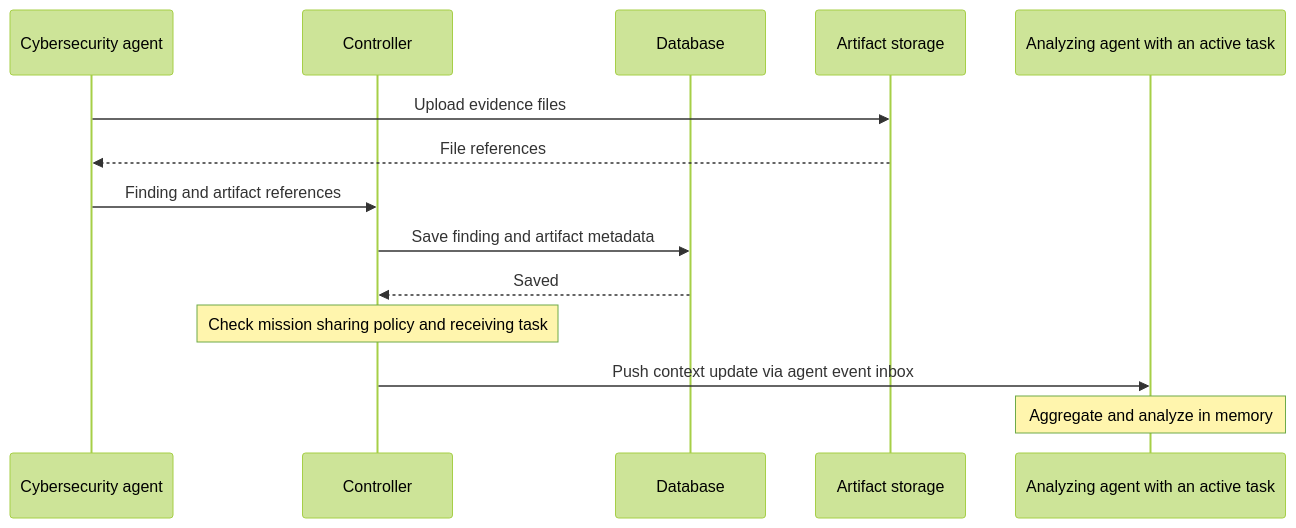
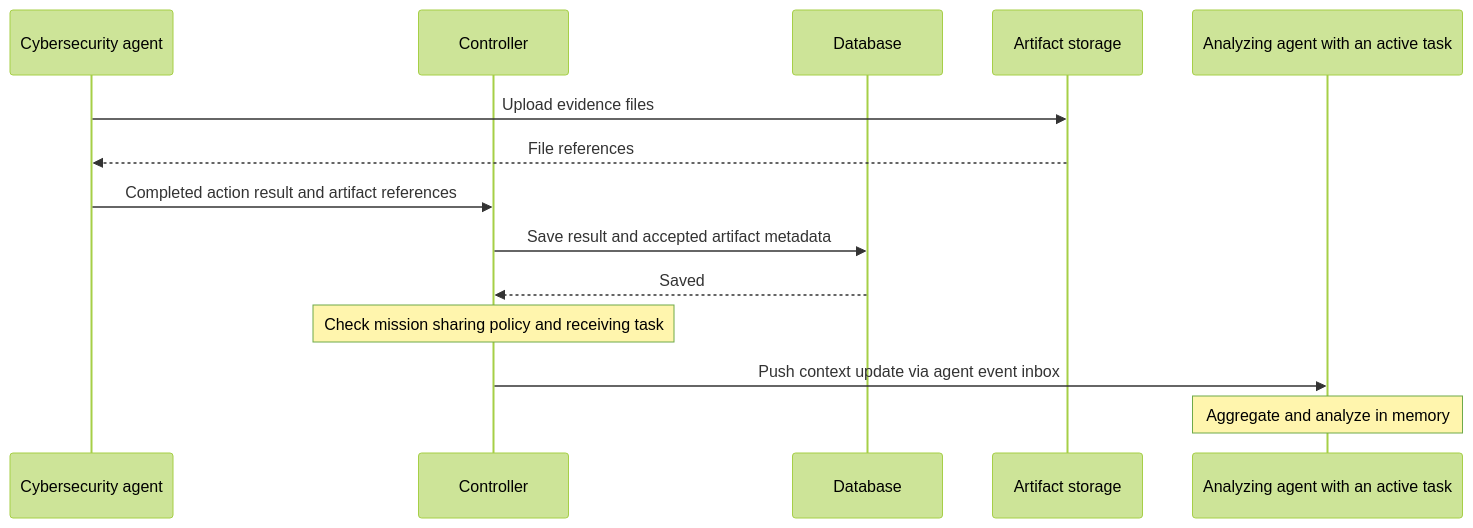
The diagram in docs/features/contex-sharing.md (defos-ai/commander), drawn with Mermaid (forest theme) before and after one commit. The commit also changed other lines of this file and 15 other files, not shown here.

````diff
--- a/docs/features/contex-sharing.md
+++ b/docs/features/contex-sharing.md
@@ -43,17 +46,17 @@
 ```mermaid
 sequenceDiagram
     participant Security as Cybersecurity agent
     participant Controller
     participant Database
     participant Storage as Artifact storage
     participant Analyzer as Analyzing agent with an active task
 
     Security->>Storage: Upload evidence files
     Storage-->>Security: File references
-    Security->>Controller: Finding and artifact references
-    Controller->>Database: Save finding and artifact metadata
+    Security->>Controller: Completed action result and artifact references
+    Controller->>Database: Save result and accepted artifact metadata
     Database-->>Controller: Saved
     Note over Controller: Check mission sharing policy and receiving task
     Controller->>Analyzer: Push context update via agent event inbox
     Note over Analyzer: Aggregate and analyze in memory
 ```
````
